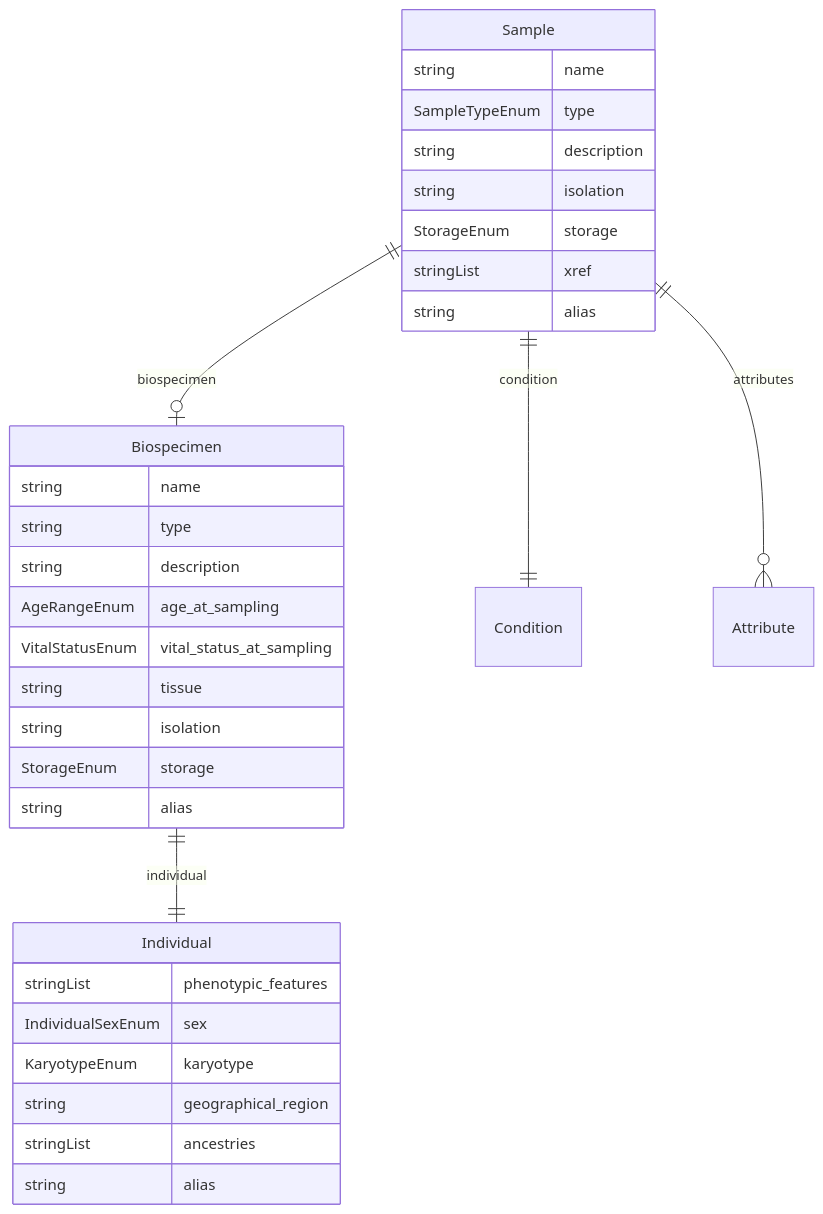
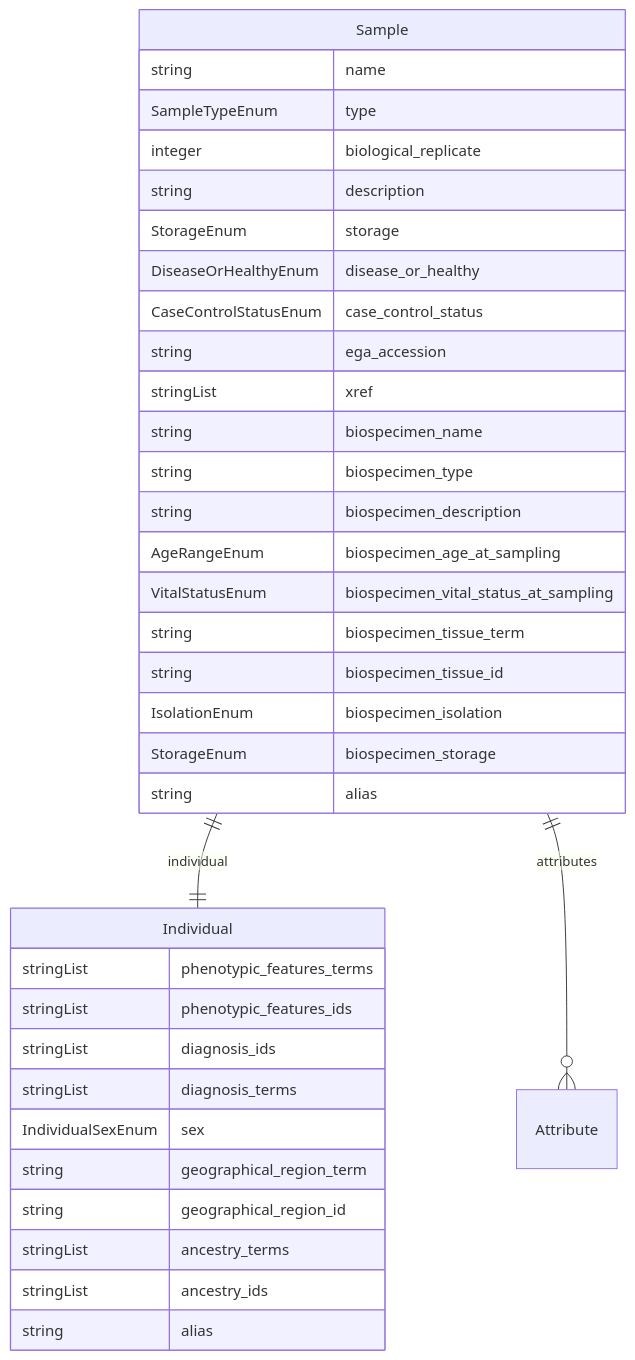
The fourth of 5 diagrams in docs/entity_relations.md (ghga-de/ghga-metadata-schema), drawn with Mermaid before and after one commit. The commit also changed other lines of this file and 405 other files, not shown here.

````diff
--- a/docs/entity_relations.md
+++ b/docs/entity_relations.md
@@ -224,37 +171,40 @@
 ```mermaid
 erDiagram
 Individual {
-    stringList phenotypic_features  
+    stringList phenotypic_features_terms  
+    stringList phenotypic_features_ids  
+    stringList diagnosis_ids  
+    stringList diagnosis_terms  
     IndividualSexEnum sex  
-    KaryotypeEnum karyotype  
-    string geographical_region  
-    stringList ancestries  
-    string alias  
-}
-Biospecimen {
-    string name  
-    string type  
-    string description  
-    AgeRangeEnum age_at_sampling  
-    VitalStatusEnum vital_status_at_sampling  
-    string tissue  
-    string isolation  
-    StorageEnum storage  
+    string geographical_region_term  
+    string geographical_region_id  
+    stringList ancestry_terms  
+    stringList ancestry_ids  
     string alias  
 }
 Sample {
     string name  
     SampleTypeEnum type  
+    integer biological_replicate  
     string description  
-    string isolation  
     StorageEnum storage  
+    DiseaseOrHealthyEnum disease_or_healthy  
+    CaseControlStatusEnum case_control_status  
+    string ega_accession  
     stringList xref  
+    string biospecimen_name  
+    string biospecimen_type  
+    string biospecimen_description  
+    AgeRangeEnum biospecimen_age_at_sampling  
+    VitalStatusEnum biospecimen_vital_status_at_sampling  
+    string biospecimen_tissue_term  
+    string biospecimen_tissue_id  
+    IsolationEnum biospecimen_isolation  
+    StorageEnum biospecimen_storage  
     string alias  
 }
 
-Biospecimen ||--|| Individual : "individual"
-Sample ||--|o Biospecimen : "biospecimen"
-Sample ||--|| Condition : "condition"
+Sample ||--|| Individual : "individual"
 Sample ||--}o Attribute : "attributes"
 
 ```
````
